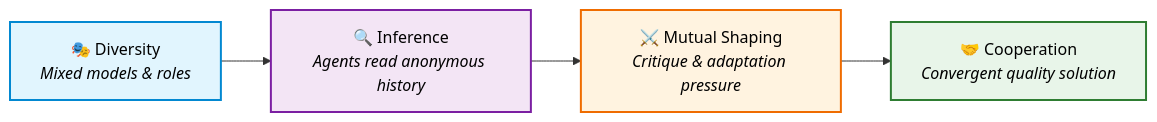
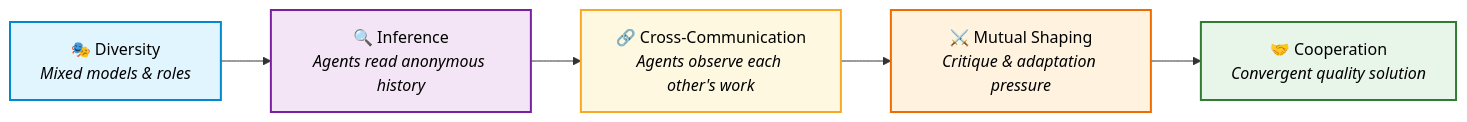
One commit to schwarztim/open-swarm changed the first of 7 diagrams in README.md. Above: the diagram before and after it, drawn with Mermaid. The commit also changed other lines of this file, not shown here.

First line of the commit message:
README v5.0: Cross-communication section, Blitz diagrams, Four Rules, polish

````diff
--- a/README.md
+++ b/README.md
@@ -40,11 +40,13 @@
 ```mermaid
 graph LR
     A["🎭 Diversity<br/><i>Mixed models & roles</i>"] --> B["🔍 Inference<br/><i>Agents read anonymous history</i>"]
-    B --> C["⚔️ Mutual Shaping<br/><i>Critique & adaptation pressure</i>"]
-    C --> D["🤝 Cooperation<br/><i>Convergent quality solution</i>"]
+    B --> C["🔗 Cross-Communication<br/><i>Agents observe each other's work</i>"]
+    C --> D["⚔️ Mutual Shaping<br/><i>Critique & adaptation pressure</i>"]
+    D --> E["🤝 Cooperation<br/><i>Convergent quality solution</i>"]
 
     style A fill:#e1f5fe,stroke:#0288d1,stroke-width:2px,color:#000
     style B fill:#f3e5f5,stroke:#7b1fa2,stroke-width:2px,color:#000
-    style C fill:#fff3e0,stroke:#ef6c00,stroke-width:2px,color:#000
-    style D fill:#e8f5e9,stroke:#2e7d32,stroke-width:2px,color:#000
+    style C fill:#fff8e1,stroke:#f9a825,stroke-width:2px,color:#000
+    style D fill:#fff3e0,stroke:#ef6c00,stroke-width:2px,color:#000
+    style E fill:#e8f5e9,stroke:#2e7d32,stroke-width:2px,color:#000
 ```
````
